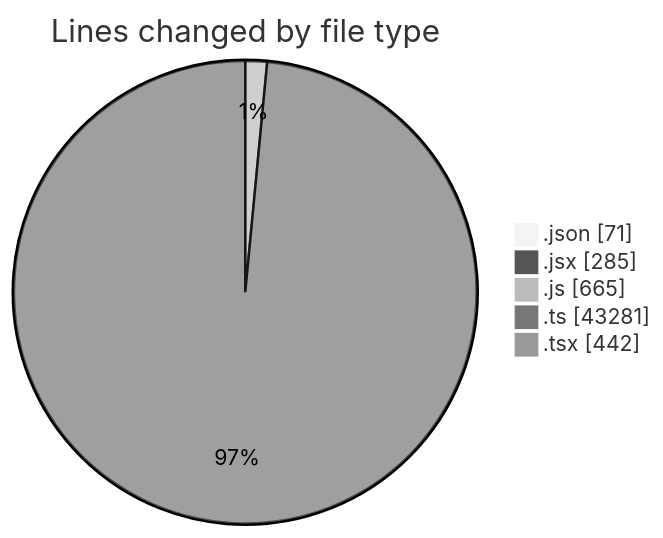
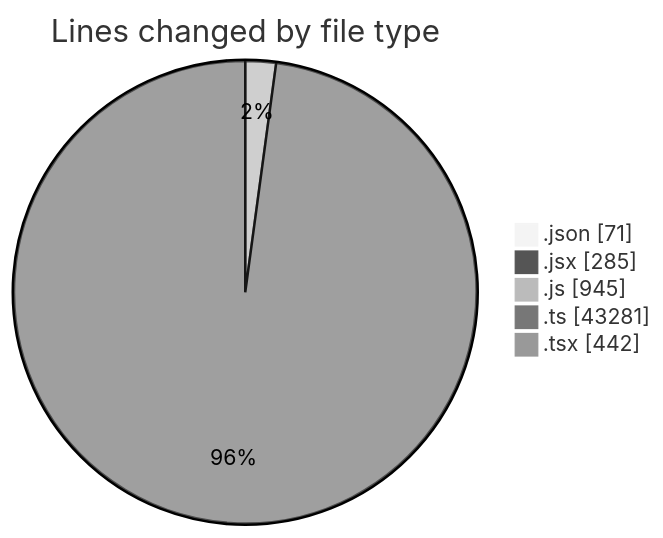
Before and after one commit to momahboobian/code-tracking: the first of 2 diagrams in 2026-03-02/cda/README.md, drawn with Mermaid (neutral theme). The commit also changed other lines of this file and 1 other file, not shown here.

````diff
--- a/2026-03-02/cda/README.md
+++ b/2026-03-02/cda/README.md
@@ -31,9 +31,9 @@
 ```mermaid
 pie showData
 title Lines changed by file type
 ".json" : 71
 ".jsx" : 285
-".js" : 665
+".js" : 945
 ".ts" : 43281
 ".tsx" : 442
 ```
````
